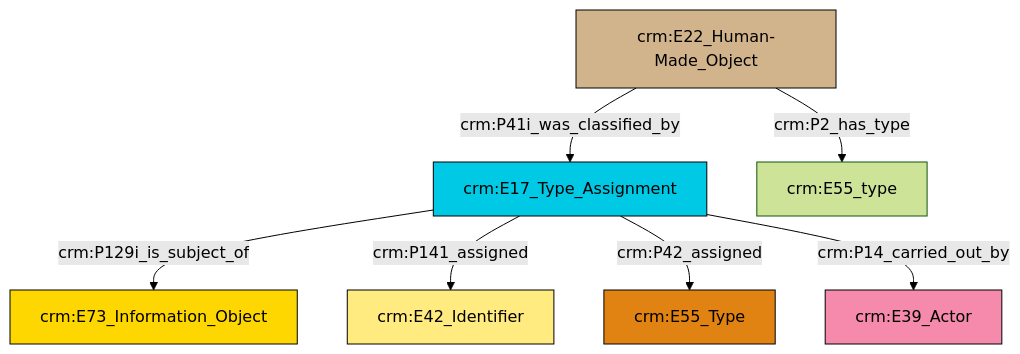
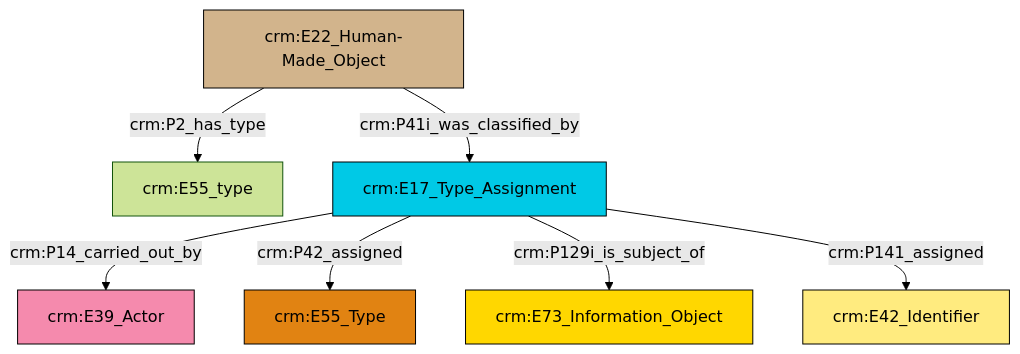
Before and after one commit to swiss-art-research-net/reference-data-models: the diagram in et/builtWorkCSV/ttl/mmd/Built_Work_designation_status.ttl.mmd, drawn with Mermaid (forest theme). The commit also changed 128 other files, not shown here.

```diff
--- a/et/builtWorkCSV/ttl/mmd/Built_Work_designation_status.ttl.mmd
+++ b/et/builtWorkCSV/ttl/mmd/Built_Work_designation_status.ttl.mmd
@@ -1,21 +1,21 @@
 graph TD
 classDef Literal fill:#f2f2f2,stroke:#000000;
 classDef CRM_Entity fill:#FFFFFF,stroke:#000000;
 classDef Temporal_Entity fill:#00C9E6, stroke:#000000;
 classDef Type fill:#E18312, stroke:#000000;
 classDef Time-Span fill:#2C9C91, stroke:#000000;
 classDef Appellation fill:#FFEB7F, stroke:#000000;
 classDef Place fill:#008836, stroke:#000000;
 classDef Persistent_Item fill:#B266B2, stroke:#000000;
 classDef Conceptual_Object fill:#FFD700, stroke:#000000;
 classDef Physical_Thing fill:#D2B48C, stroke:#000000;
 classDef Actor fill:#f58aad, stroke:#000000;
 classDef PC_Classes fill:#4ce600, stroke:#000000;
 classDef Multi fill:#cccccc,stroke:#000000;
 
-0["crm:E17_Type_Assignment"]:::Temporal_Entity -->|crm:P129i_is_subject_of| 1["crm:E73_Information_Object"]:::Conceptual_Object
-0["crm:E17_Type_Assignment"]:::Temporal_Entity -->|crm:P141_assigned| 2["crm:E42_Identifier"]:::Appellation
-0["crm:E17_Type_Assignment"]:::Temporal_Entity -->|crm:P42_assigned| 4["crm:E55_Type"]:::Type
-7["crm:E22_Human-Made_Object"]:::Physical_Thing -->|crm:P41i_was_classified_by| 0["crm:E17_Type_Assignment"]:::Temporal_Entity
-0["crm:E17_Type_Assignment"]:::Temporal_Entity -->|crm:P14_carried_out_by| 11["crm:E39_Actor"]:::Actor
-7["crm:E22_Human-Made_Object"]:::Physical_Thing -->|crm:P2_has_type| 9["crm:E55_type"]:::Default
+0["crm:E22_Human-Made_Object"]:::Physical_Thing -->|crm:P2_has_type| 1["crm:E55_type"]:::Default
+0["crm:E22_Human-Made_Object"]:::Physical_Thing -->|crm:P41i_was_classified_by| 5["crm:E17_Type_Assignment"]:::Temporal_Entity
+5["crm:E17_Type_Assignment"]:::Temporal_Entity -->|crm:P14_carried_out_by| 11["crm:E39_Actor"]:::Actor
+5["crm:E17_Type_Assignment"]:::Temporal_Entity -->|crm:P42_assigned| 9["crm:E55_Type"]:::Type
+5["crm:E17_Type_Assignment"]:::Temporal_Entity -->|crm:P129i_is_subject_of| 6["crm:E73_Information_Object"]:::Conceptual_Object
+5["crm:E17_Type_Assignment"]:::Temporal_Entity -->|crm:P141_assigned| 3["crm:E42_Identifier"]:::Appellation
```
